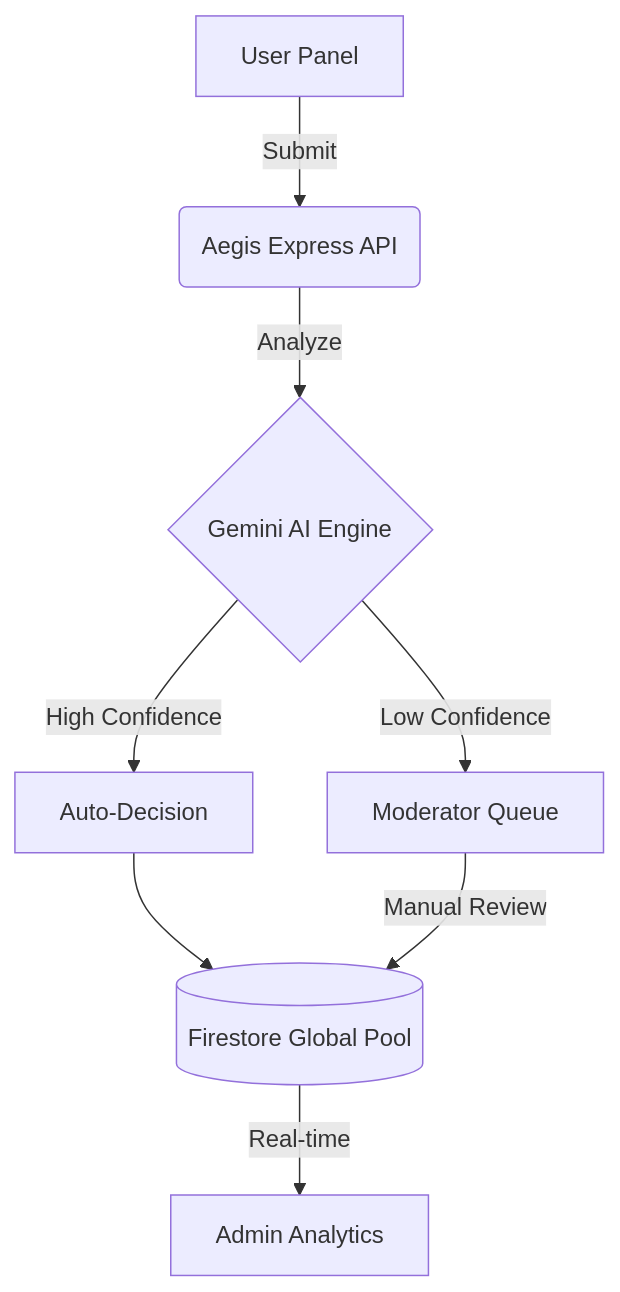
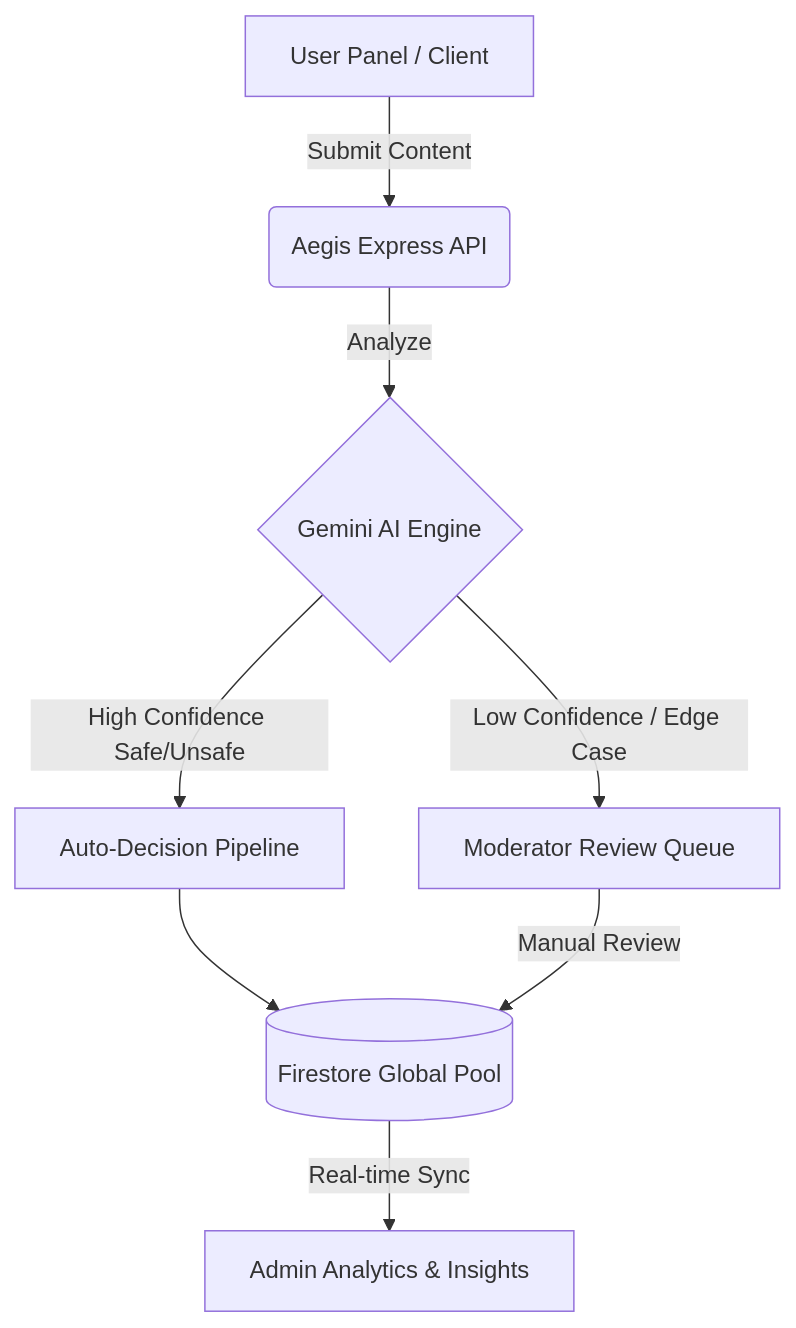
One commit to TanishqBhosle/Sheild-Ai-1.0 changed the diagram in README.md. Above: the diagram before and after it, drawn with Mermaid. The commit also changed other lines of this file, not shown here.

````diff
--- a/README.md
+++ b/README.md
@@ -42,10 +62,10 @@
 ```mermaid
 graph TD
-    A[User Panel] -->|Submit| B(Aegis Express API)
+    A[User Panel / Client] -->|Submit Content| B(Aegis Express API)
     B -->|Analyze| C{Gemini AI Engine}
-    C -->|High Confidence| D[Auto-Decision]
-    C -->|Low Confidence| E[Moderator Queue]
+    C -->|High Confidence Safe/Unsafe| D[Auto-Decision Pipeline]
+    C -->|Low Confidence / Edge Case| E[Moderator Review Queue]
     D --> F[(Firestore Global Pool)]
     E -->|Manual Review| F
-    F -->|Real-time| G[Admin Analytics]
+    F -->|Real-time Sync| G[Admin Analytics & Insights]
 ```
````
